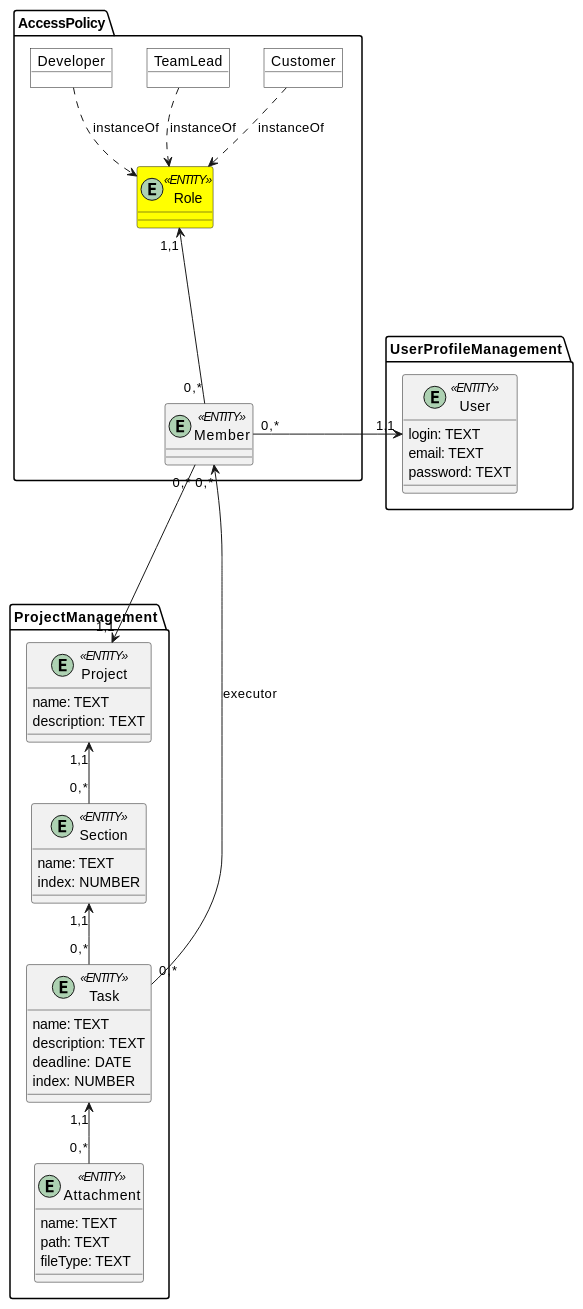
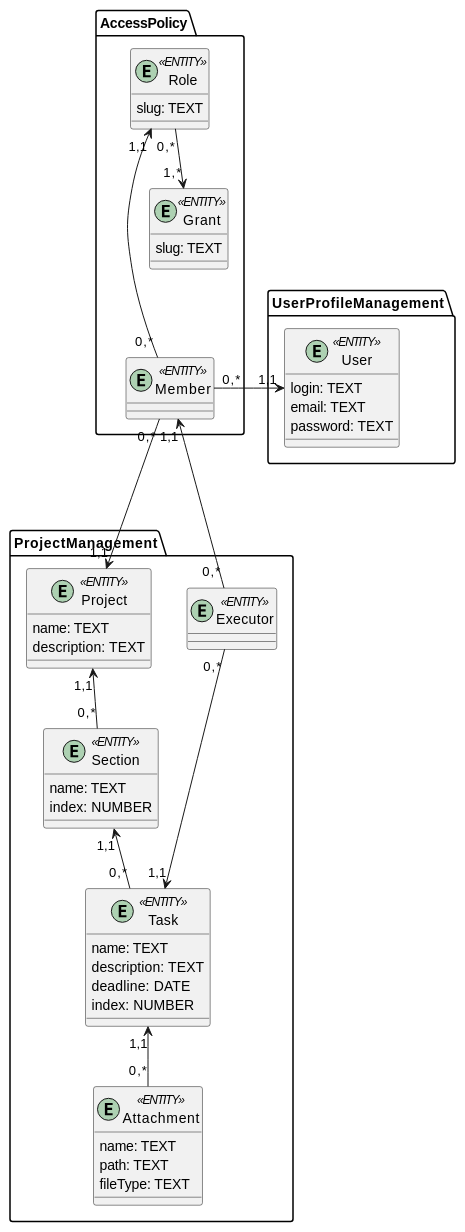
The second of 2 diagrams in docs/design/README.md (boldak/edu-db-cw), drawn with PlantUML before and after one commit. The commit also changed other lines of this file, not shown here.

```diff
--- a/docs/design/README.md
+++ b/docs/design/README.md
@@ -85,61 +89,66 @@
 @startuml
 
 namespace UserProfileManagement {
     entity User <<ENTITY>> {
         login: TEXT
         email: TEXT
         password: TEXT
     }
 }
 
 namespace ProjectManagement {
     entity Project <<ENTITY>> {
         name: TEXT
         description: TEXT
     }
 
     entity Section <<ENTITY>> {
         name: TEXT
         index: NUMBER
     }
     
     entity Task <<ENTITY>> {
         name: TEXT
         description: TEXT
         deadline: DATE
         index: NUMBER
     }
     
     entity Attachment <<ENTITY>> {
         name: TEXT
         path: TEXT
         fileType: TEXT
     }
+
+    entity Executor <<ENTITY>> {
+
+    }
 }
 
 namespace AccessPolicy {
     entity Member <<ENTITY>> { 
     }
 
-    entity Role <<ENTITY>> #ffff00 {
+    entity Role <<ENTITY>> {
+        slug: TEXT
     }
 
-    object Customer #ffffff
-    object TeamLead #ffffff
-    object Developer #ffffff
+    entity Grant <<ENTITY>> {
+        slug: TEXT
+    }
 }
 
 Member "0,*" ---> "1,1" Project
 Member "0,*" --u-> "1,1" Role
 Member "0,*" ---r-> "1,1" User
 
-Task "0,*" --> "0,*" Member : executor
+Task "1,1" <-u-- "0,*" Executor
+Executor "0,*" --> "1,1" Member
 
 Section "0,*" -u-> "1,1" Project
 Section "1,1" <-- "0,*" Task
 Task "1,1" <-- "0,*" Attachment
 
-Customer ..> Role : instanceOf
-TeamLead ..> Role : instanceOf
-Developer ..> Role : instanceOf
+Role "0,*" --> "1,*" Grant
+
 @enduml
```
